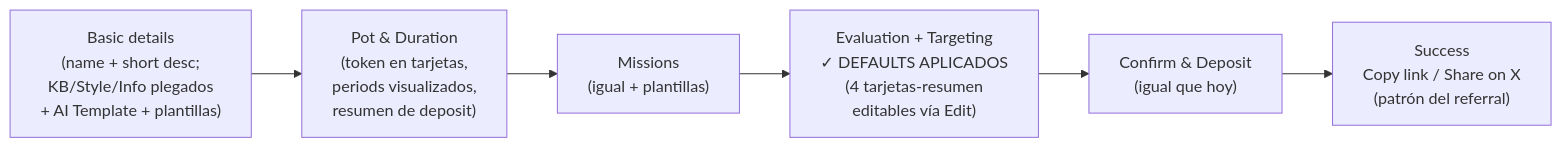
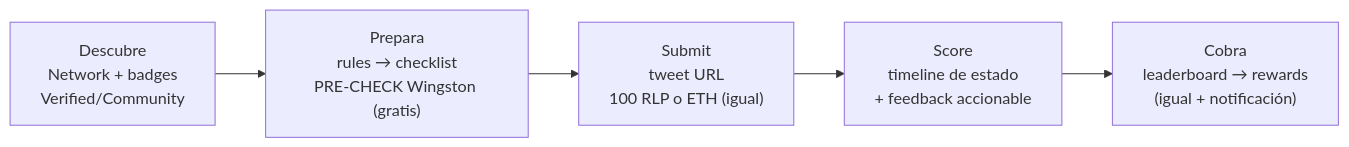
The first of 2 diagrams in rally-flows/app-rally-flows.md (sergiogenlayer/predictionmarket), drawn with Mermaid before and after one commit. The commit also changed other lines of this file and 1 other file, not shown here.

````diff
--- a/rally-flows/app-rally-flows.md
+++ b/rally-flows/app-rally-flows.md
@@ -37,8 +11,7 @@
 ```mermaid
 flowchart LR
-    A["Basic details<br/>(name + short desc;<br/>KB/Style/Info plegados<br/>+ AI Template + plantillas)"] --> B["Pot & Duration<br/>(token en tarjetas,<br/>periods visualizados,<br/>resumen de deposit)"]
-    B --> C["Missions<br/>(igual + plantillas)"]
-    C --> D["Evaluation + Targeting<br/>✓ DEFAULTS APLICADOS<br/>(4 tarjetas-resumen<br/>editables vía Edit)"]
-    D --> E["Confirm & Deposit<br/>(igual que hoy)"]
-    E --> F["Success<br/>Copy link / Share on X<br/>(patrón del referral)"]
+    A["Descubre<br/>Network + badges<br/>Verified/Community"] --> B["Prepara<br/>rules → checklist<br/>PRE-CHECK Wingston (gratis)"]
+    B --> C["Submit<br/>tweet URL<br/>100 RLP o ETH (igual)"]
+    C --> D["Score<br/>timeline de estado<br/>+ feedback accionable"]
+    D --> E["Cobra<br/>leaderboard → rewards<br/>(igual + notificación)"]
 ```
````
